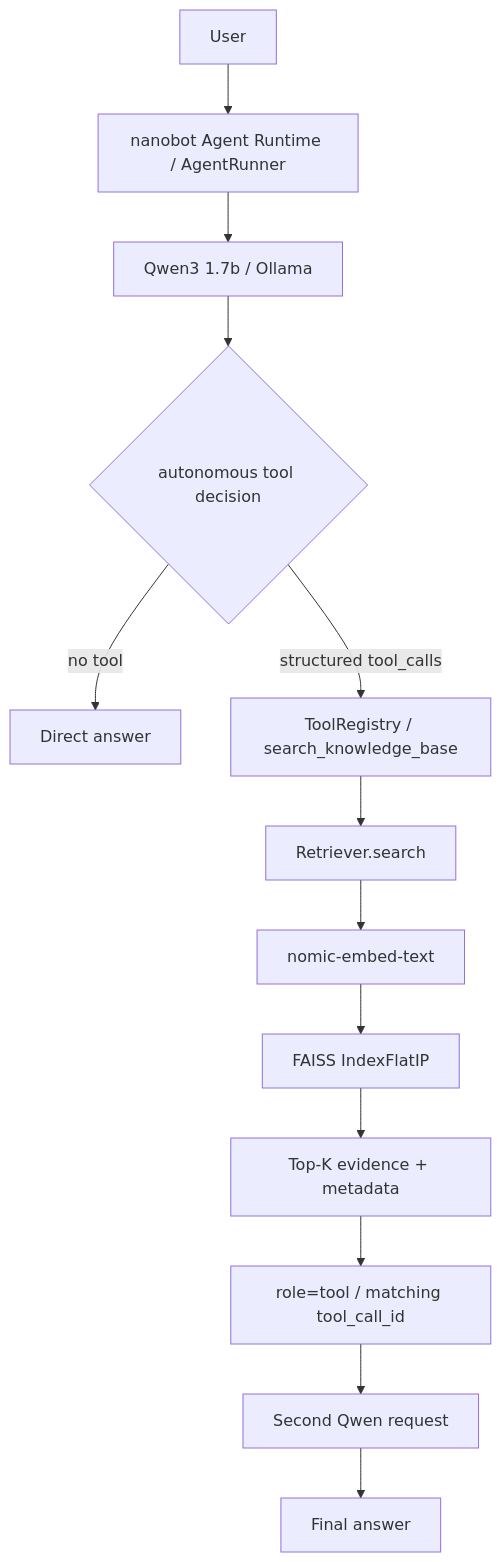
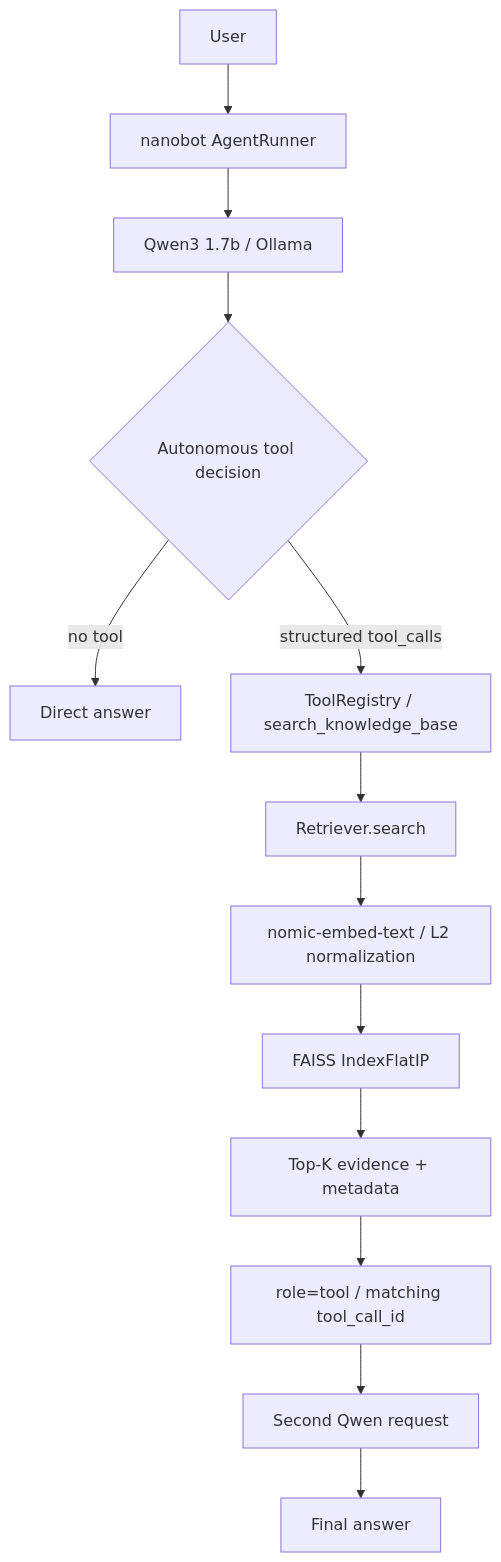
Before and after one commit to tyh545259216-source/rag-enhanced-knowledge-base-agent: the diagram in README.md, drawn with Mermaid. The commit also changed other lines of this file and 4 other files, not shown here.

````diff
--- a/README.md
+++ b/README.md
@@ -11,15 +15,15 @@
 ```mermaid
 flowchart TD
-    U[User] --> N[nanobot Agent Runtime / AgentRunner]
+    U[User] --> N[nanobot AgentRunner]
     N --> Q[Qwen3 1.7b / Ollama]
-    Q --> D{autonomous tool decision}
+    Q --> D{Autonomous tool decision}
     D -->|no tool| A[Direct answer]
     D -->|structured tool_calls| T[ToolRegistry / search_knowledge_base]
     T --> R[Retriever.search]
-    R --> E[nomic-embed-text]
+    R --> E[nomic-embed-text / L2 normalization]
     E --> F[FAISS IndexFlatIP]
     F --> K[Top-K evidence + metadata]
     K --> M[role=tool / matching tool_call_id]
     M --> Q2[Second Qwen request]
     Q2 --> O[Final answer]
 ```
````
